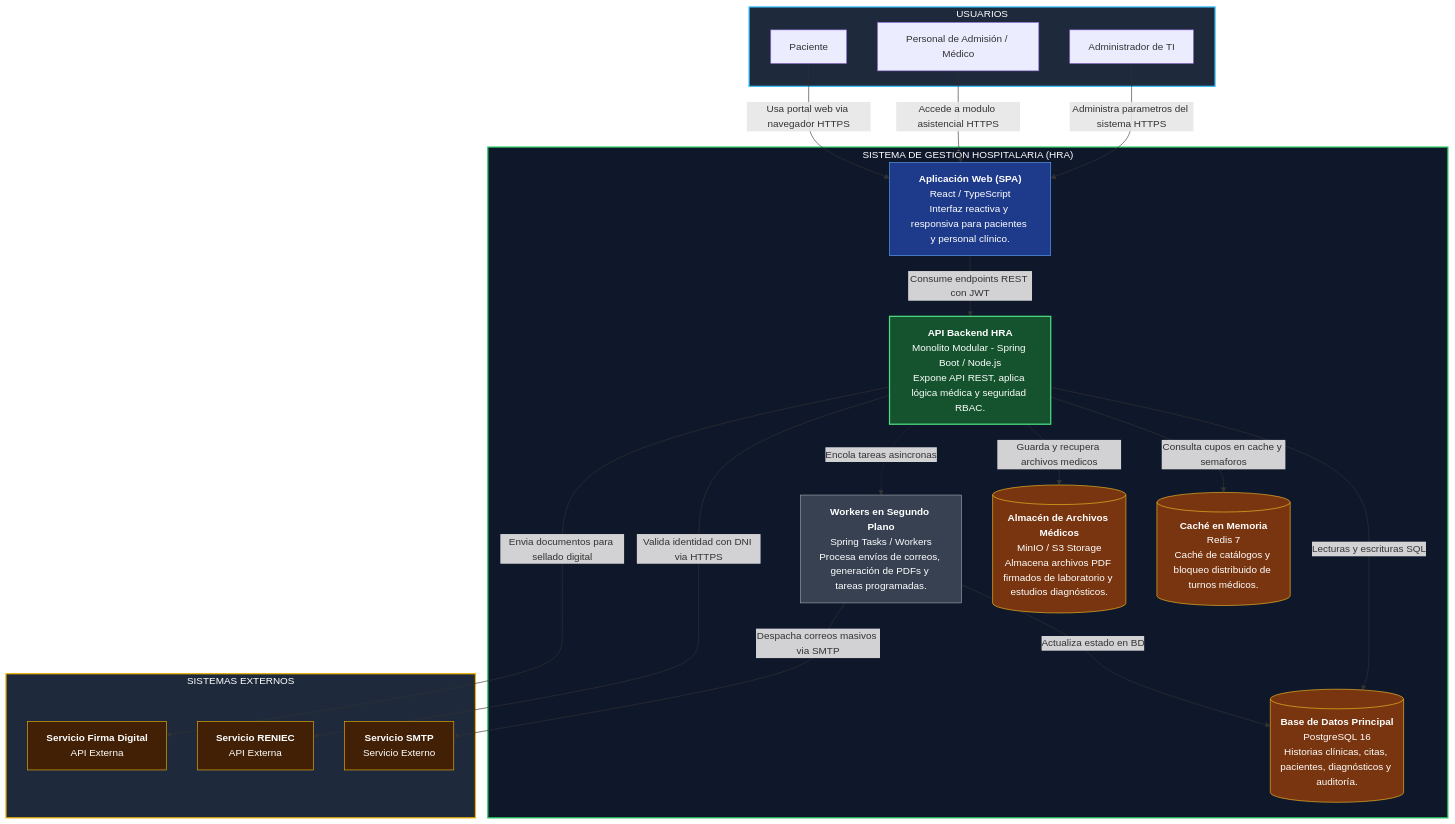
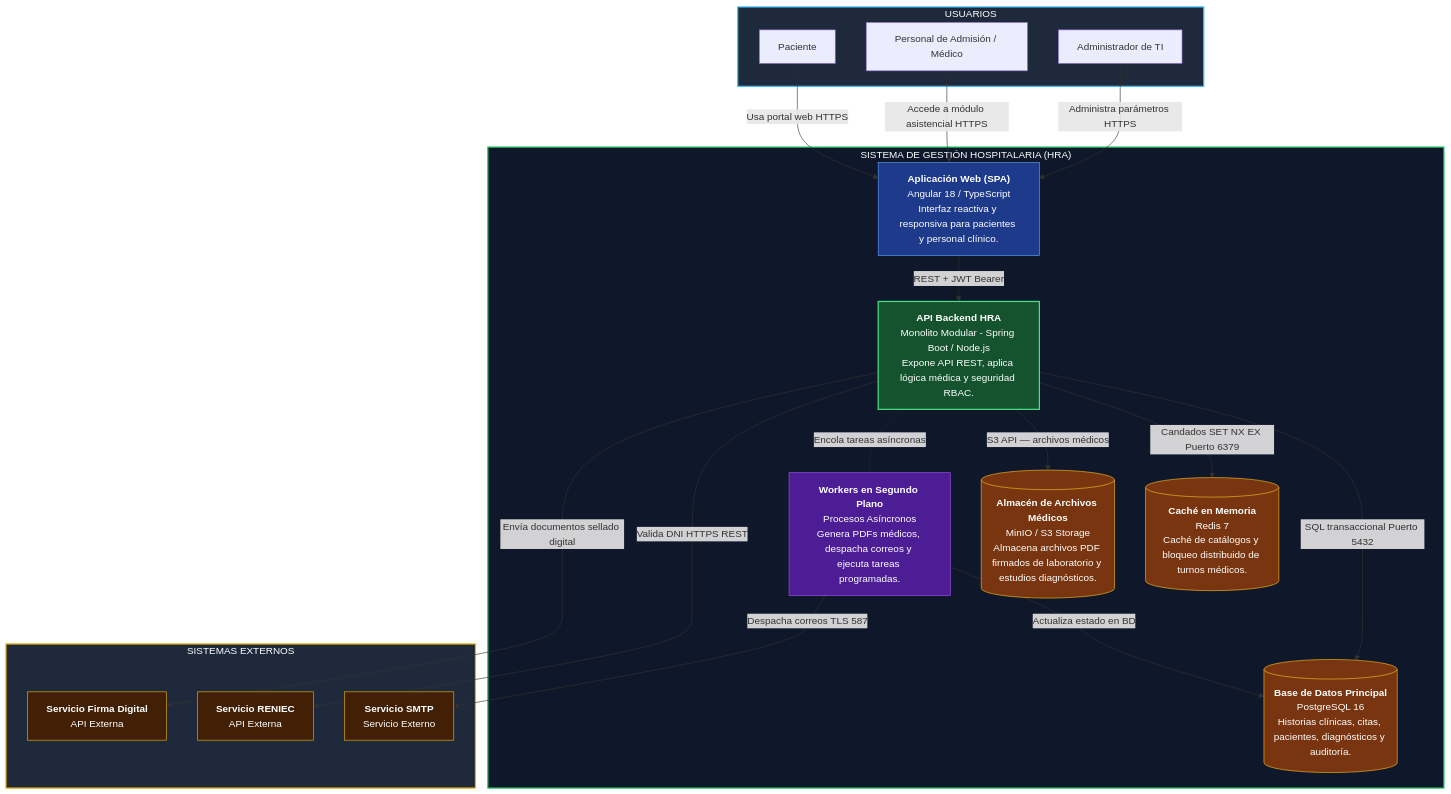
The diagram in Docs/04-modelo-c4/Nivel2-DiagramadeContenedores.md (Pierrot-01/Proyecto_Hospital), drawn with Mermaid before and after one commit. The commit also changed other lines of this file and 21 other files, not shown here.

Commit message:
docs(c4): actualizar diagramas mermaid C4 con etiquetas de imagen, imagenes renderizadas y guia de sustentacion

````diff
--- a/Docs/04-modelo-c4/Nivel2-DiagramadeContenedores.md
+++ b/Docs/04-modelo-c4/Nivel2-DiagramadeContenedores.md
@@ -24,71 +26,70 @@
 ```mermaid
 flowchart TD
 
 %% Actores
 subgraph USUARIOS["USUARIOS"]
     Paciente["Paciente"]
     Personal["Personal de Admisión / Médico"]
     Admin["Administrador de TI"]
 end
 
 %% Límite del Sistema HRA
 subgraph HRA_SYSTEM["SISTEMA DE GESTIÓN HOSPITALARIA (HRA)"]
     
-    SPA["<b>Aplicación Web (SPA)</b><br>React / TypeScript<br>Interfaz reactiva y responsiva para pacientes y personal clínico."]
+    SPA["<b>Aplicación Web (SPA)</b><br>Angular 18 / TypeScript<br>Interfaz reactiva y responsiva para pacientes y personal clínico."]
     
     API["<b>API Backend HRA</b><br>Monolito Modular - Spring Boot / Node.js<br>Expone API REST, aplica lógica médica y seguridad RBAC."]
     
-    Worker["<b>Workers en Segundo Plano</b><br>Spring Tasks / Workers<br>Procesa envíos de correos, generación de PDFs y tareas programadas."]
+    Worker["<b>Workers en Segundo Plano</b><br>Procesos Asíncronos<br>Genera PDFs médicos, despacha correos y ejecuta tareas programadas."]
     
     BD[("<b>Base de Datos Principal</b><br>PostgreSQL 16<br>Historias clínicas, citas, pacientes, diagnósticos y auditoría.")]
     
     Cache[("<b>Caché en Memoria</b><br>Redis 7<br>Caché de catálogos y bloqueo distribuido de turnos médicos.")]
     
     Storage[("<b>Almacén de Archivos Médicos</b><br>MinIO / S3 Storage<br>Almacena archivos PDF firmados de laboratorio y estudios diagnósticos.")]
 end
 
 %% Sistemas externos
 subgraph EXTERNOS["SISTEMAS EXTERNOS"]
     RENIEC["<b>Servicio RENIEC</b><br>API Externa"]
     SMTP["<b>Servicio SMTP</b><br>Servicio Externo"]
     Firma["<b>Servicio Firma Digital</b><br>API Externa"]
 end
 
-%% Relaciones de Usuarios
-Paciente -->|Usa portal web via navegador HTTPS| SPA
-Personal -->|Accede a modulo asistencial HTTPS| SPA
-Admin -->|Administra parametros del sistema HTTPS| SPA
+Paciente -->|"Usa portal web HTTPS"| SPA
+Personal -->|"Accede a módulo asistencial HTTPS"| SPA
+Admin -->|"Administra parámetros HTTPS"| SPA
 
 %% SPA hacia Backend
-SPA -->|Consume endpoints REST con JWT| API
+SPA -->|"REST + JWT Bearer"| API
 
 %% Backend a Almacenes
-API -->|Lecturas y escrituras SQL| BD
-API -->|Consulta cupos en cache y semaforos| Cache
-API -->|Guarda y recupera archivos medicos| Storage
+API -->|"SQL transaccional Puerto 5432"| BD
+API -->|"Candados SET NX EX Puerto 6379"| Cache
+API -->|"S3 API — archivos médicos"| Storage
 
 %% Backend a Workers
-API -.->|Encola tareas asincronas| Worker
-Worker -->|Actualiza estado en BD| BD
-Worker -->|Despacha correos masivos via SMTP| SMTP
+API -.-|"Encola tareas asíncronas"| Worker
+Worker -->|"Actualiza estado en BD"| BD
+Worker -->|"Despacha correos TLS 587"| SMTP
 
 %% Backend a Externos
-API -->|Valida identidad con DNI via HTTPS| RENIEC
-API -->|Envia documentos para sellado digital| Firma
+API -->|"Valida DNI HTTPS REST"| RENIEC
+API -->|"Envía documentos sellado digital"| Firma
 
 %% Estilos
 style USUARIOS fill:#1e293b,stroke:#38bdf8,stroke-width:2px,color:#fff
 style HRA_SYSTEM fill:#0f172a,stroke:#22c55e,stroke-width:2px,color:#fff
 style EXTERNOS fill:#1e293b,stroke:#eab308,stroke-width:2px,color:#fff
 
 style SPA fill:#1e3a8a,stroke:#60a5fa,color:#fff
 style API fill:#14532d,stroke:#4ade80,stroke-width:2px,color:#fff
-style Worker fill:#374151,stroke:#9ca3af,color:#fff
+style Worker fill:#4c1d95,stroke:#a855f7,color:#fff
 style BD fill:#78350f,stroke:#fbbf24,color:#fff
 style Cache fill:#78350f,stroke:#fbbf24,color:#fff
 style Storage fill:#78350f,stroke:#fbbf24,color:#fff
 
 style RENIEC fill:#422006,stroke:#eab308,color:#fff
 style SMTP fill:#422006,stroke:#eab308,color:#fff
 style Firma fill:#422006,stroke:#eab308,color:#fff
 ```
````
